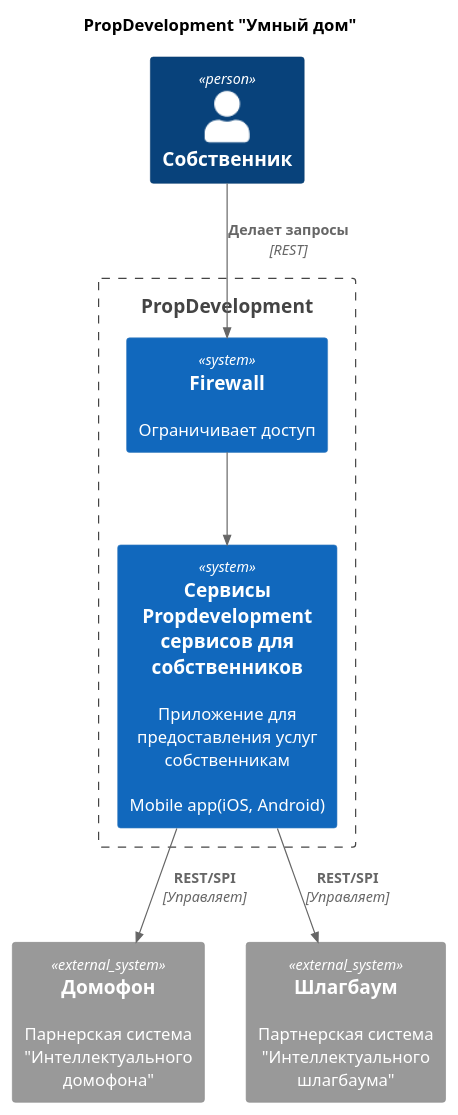
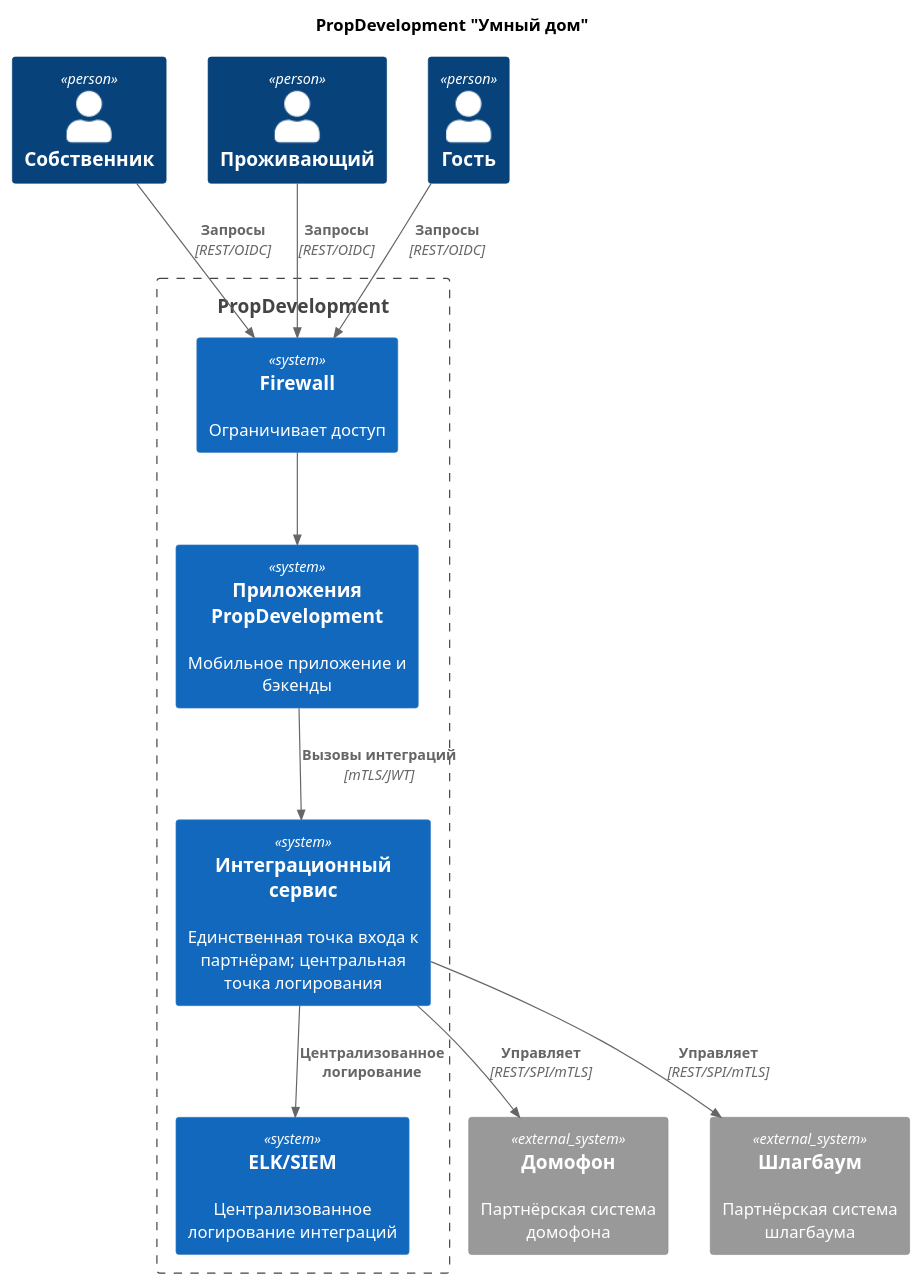
Before and after one commit to shcherbinadmitry/architecture-propdevelopment: the diagram in Task3/context.puml, drawn with PlantUML. The commit also changed 10 other files, not shown here.

```diff
--- a/Task3/context.puml
+++ b/Task3/context.puml
@@ -1,21 +1,29 @@
 @startuml
 !include <C4/C4_Context>
 
 title PropDevelopment "Умный дом"
 
 Person(homeowner, "Собственник")
+Person(resident, "Проживающий")
+Person(guest, "Гость")
 
 Boundary(bound, "PropDevelopment") {
     System(firewall, "Firewall", "Ограничивает доступ")
-    System(propdev_app, "Сервисы Propdevelopment сервисов для собственников",  "Приложение для предоставления услуг собственникам\n\nMobile app(iOS, Android)",)
+    System(propdev_app, "Приложения PropDevelopment",  "Мобильное приложение и бэкенды")
+    System(integration, "Интеграционный сервис",  "Единственная точка входа к партнёрам; центральная точка логирования")
+    System(logs, "ELK/SIEM", "Централизованное логирование интеграций")
 }
 
-System_Ext(intercom_service, "Домофон", Парнерская система "Интеллектуального домофона")
-System_Ext(boomgate_service, "Шлагбаум", Партнерская система "Интеллектуального шлагбаума")
+System_Ext(intercom_service, "Домофон", "Партнёрская система домофона")
+System_Ext(boomgate_service, "Шлагбаум", "Партнёрская система шлагбаума")
 
-Rel(homeowner, firewall, "Делает запросы", "REST")
+Rel(homeowner, firewall, "Запросы", "REST/OIDC")
+Rel(resident, firewall, "Запросы", "REST/OIDC")
+Rel(guest, firewall, "Запросы", "REST/OIDC")
 Rel(firewall, propdev_app, " ")
-Rel(propdev_app, intercom_service, "REST/SPI", "Управляет")
-Rel(propdev_app, boomgate_service, "REST/SPI", "Управляет")
+Rel(propdev_app, integration, "Вызовы интеграций", "mTLS/JWT")
+Rel(integration, intercom_service, "Управляет", "REST/SPI/mTLS")
+Rel(integration, boomgate_service, "Управляет", "REST/SPI/mTLS")
+Rel(integration, logs, "Централизованное логирование")
 
 @enduml
```
